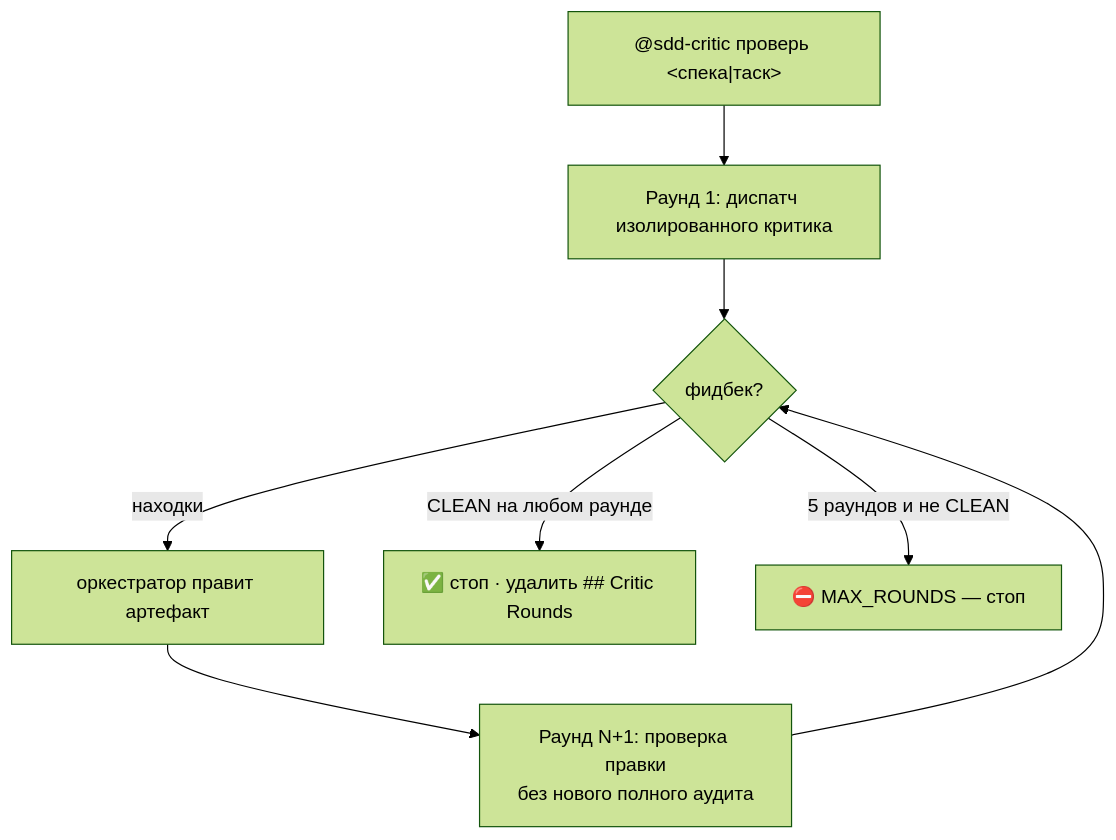
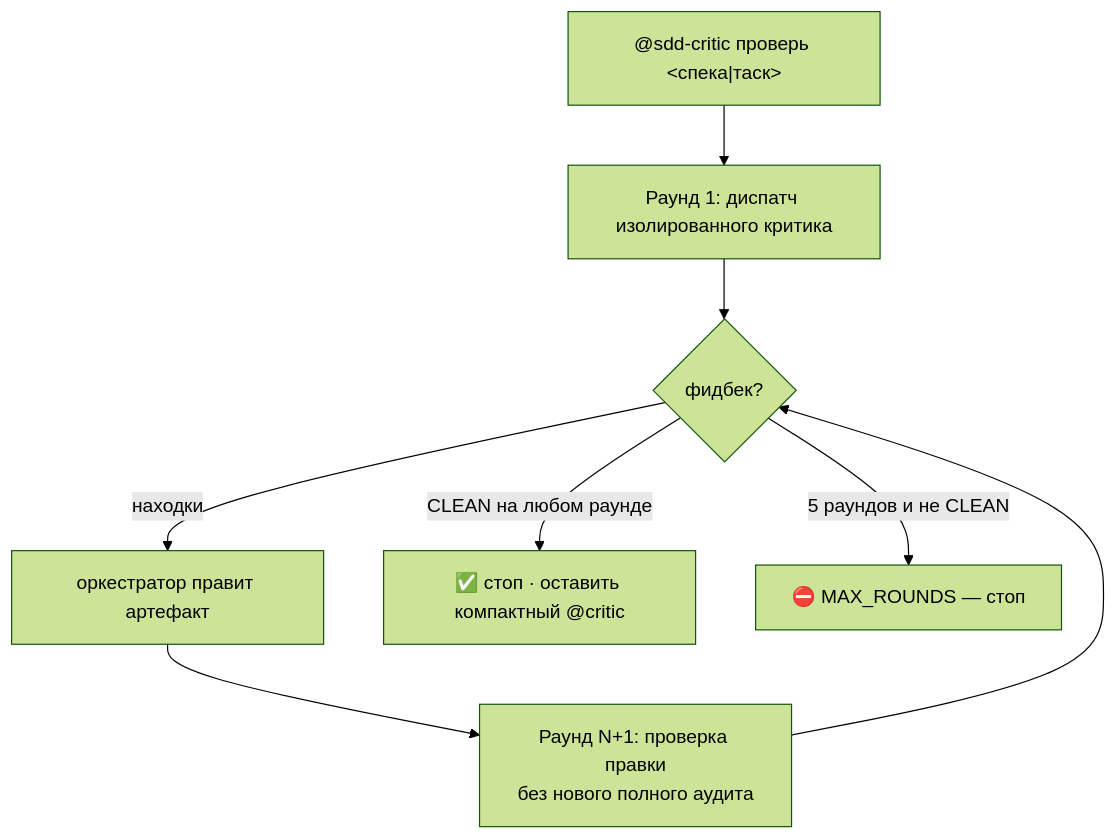
The sixth of 8 diagrams in docs/sdd-flow.md (RubaXa/gennady), drawn with Mermaid (forest theme) before and after one commit. The commit also changed other lines of this file and 27 other files, not shown here.

````diff
--- a/docs/sdd-flow.md
+++ b/docs/sdd-flow.md
@@ -285,10 +301,10 @@
 ```mermaid
 flowchart TD
     A["@sdd-critic проверь <спека|таск>"] --> B["Раунд 1: диспатч изолированного критика"]
     B --> C{"фидбек?"}
     C -->|находки| D["оркестратор правит артефакт"]
     D --> E["Раунд N+1: проверка правки\nбез нового полного аудита"]
     E --> C
-    C -->|"CLEAN на любом раунде"| F["✅ стоп · удалить ## Critic Rounds"]
+    C -->|"CLEAN на любом раунде"| F["✅ стоп · оставить компактный @critic"]
     C -->|"5 раундов и не CLEAN"| G["⛔ MAX_ROUNDS — стоп"]
 ```
````
